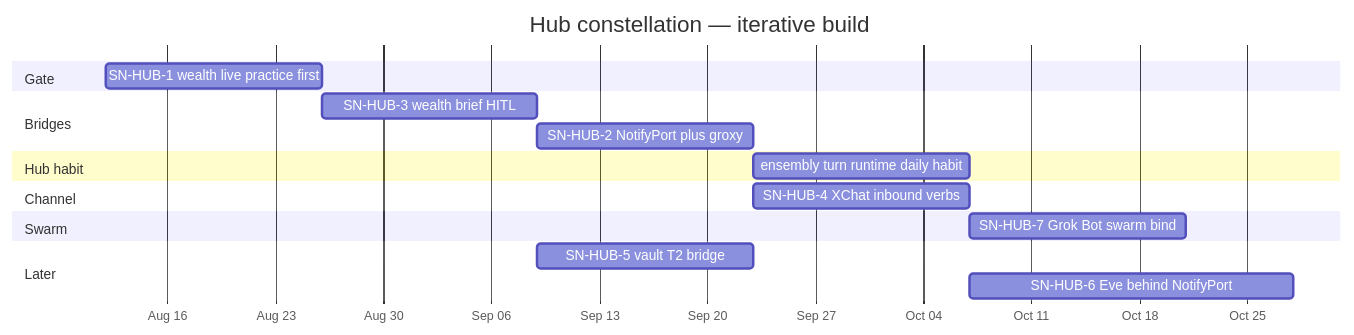
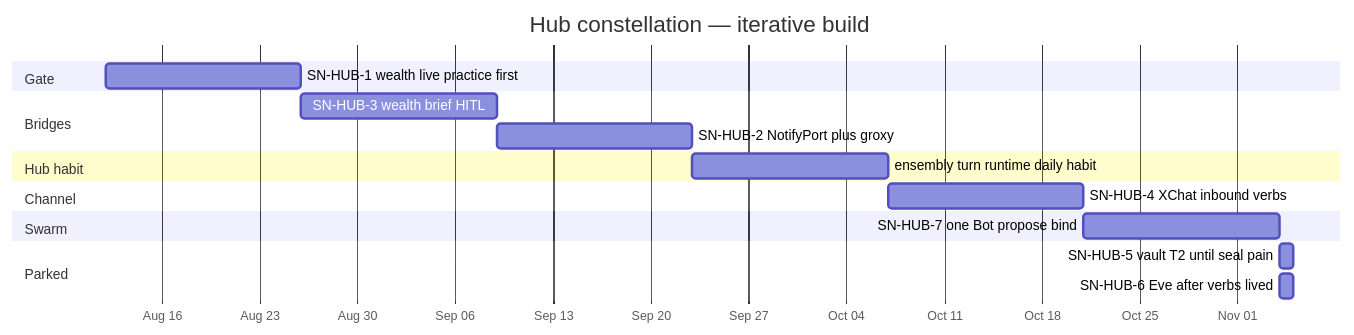
The tenth of 11 diagrams in docs/arch-design/hub-constellation.md (thecuriousts/ensembly), drawn with Mermaid before and after one commit. The commit also changed other lines of this file and 2 other files, not shown here.

First line of the commit message:
docs: lock hub constellation pain vs build order

````diff
--- a/docs/arch-design/hub-constellation.md
+++ b/docs/arch-design/hub-constellation.md
@@ -435,20 +462,20 @@
 ```mermaid
 gantt
   title Hub constellation — iterative build
   dateFormat YYYY-MM-DD
   axisFormat %b %d
   section Gate
   SN-HUB-1 wealth live practice first   :a1, 2026-08-12, 14d
   section Bridges
   SN-HUB-3 wealth brief HITL      :a3, after a1, 14d
   SN-HUB-2 NotifyPort plus groxy  :a2, after a3, 14d
   section Hub habit
   ensembly turn runtime daily habit   :a0, after a2, 14d
   section Channel
-  SN-HUB-4 XChat inbound verbs    :a4, after a2, 14d
+  SN-HUB-4 XChat inbound verbs    :a4, after a0, 14d
   section Swarm
-  SN-HUB-7 Grok Bot swarm bind    :a7, after a0, 14d
-  section Later
-  SN-HUB-5 vault T2 bridge        :a5, after a3, 14d
-  SN-HUB-6 Eve behind NotifyPort  :a6, after a4, 21d
+  SN-HUB-7 one Bot propose bind   :a7, after a4, 14d
+  section Parked
+  SN-HUB-5 vault T2 until seal pain :a5, after a7, 1d
+  SN-HUB-6 Eve after verbs lived    :a6, after a7, 1d
 ```
````
